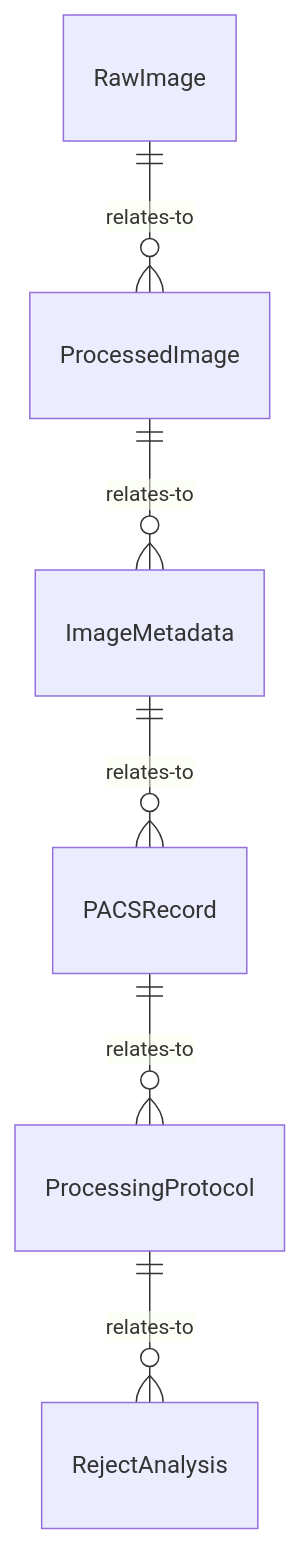
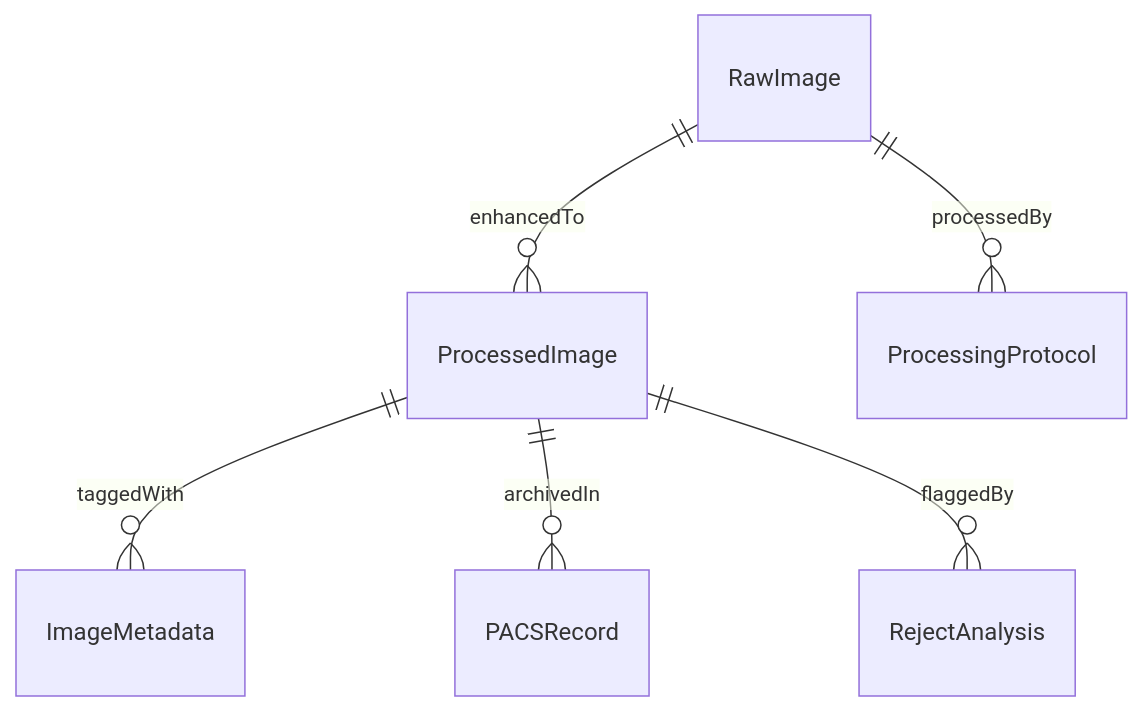
Before and after one commit to dot-org-ai/tasks.org.ai: the first of 4 diagrams in ControllingMachinesAndProcesses/OperateMedicalEquipment/ProcessX-raysMedicalImages.mdx, drawn with Mermaid. The commit also changed other lines of this file and 515 other files, not shown here.

````diff
--- a/ControllingMachinesAndProcesses/OperateMedicalEquipment/ProcessX-raysMedicalImages.mdx
+++ b/ControllingMachinesAndProcesses/OperateMedicalEquipment/ProcessX-raysMedicalImages.mdx
@@ -87,8 +87,8 @@
 ```mermaid
 erDiagram
-    RawImage ||--o{ ProcessedImage : relates-to
-    ProcessedImage ||--o{ ImageMetadata : relates-to
-    ImageMetadata ||--o{ PACSRecord : relates-to
-    PACSRecord ||--o{ ProcessingProtocol : relates-to
-    ProcessingProtocol ||--o{ RejectAnalysis : relates-to
+    RawImage ||--o{ ProcessedImage : enhancedTo
+    ProcessedImage ||--o{ ImageMetadata : taggedWith
+    ProcessedImage ||--o{ PACSRecord : archivedIn
+    RawImage ||--o{ ProcessingProtocol : processedBy
+    ProcessedImage ||--o{ RejectAnalysis : flaggedBy
 ```
````
